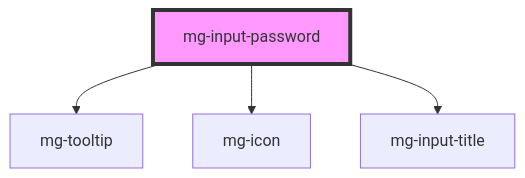
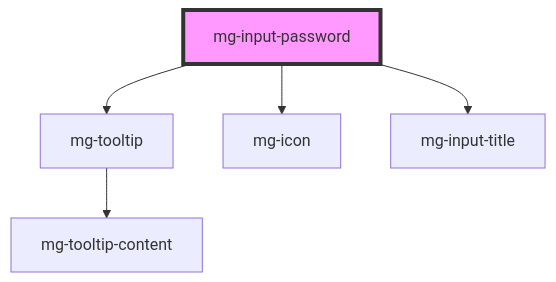
The diagram in packages/mg-components/src/components/molecules/inputs/mg-input-password/readme.md (MGDIS/core-ui), drawn with Mermaid before and after one commit. The commit also changed 23 other files, not shown here.

First line of the commit message:
fix(mgTooltip): create mg-tooltip-content to wrap content dom in shadow DOM

````diff
--- a/packages/mg-components/src/components/molecules/inputs/mg-input-password/readme.md
+++ b/packages/mg-components/src/components/molecules/inputs/mg-input-password/readme.md
@@ -59,7 +59,8 @@
 ```mermaid
 graph TD;
   mg-input-password --> mg-tooltip
   mg-input-password --> mg-icon
   mg-input-password --> mg-input-title
+  mg-tooltip --> mg-tooltip-content
   style mg-input-password fill:#f9f,stroke:#333,stroke-width:4px
 ```
````
